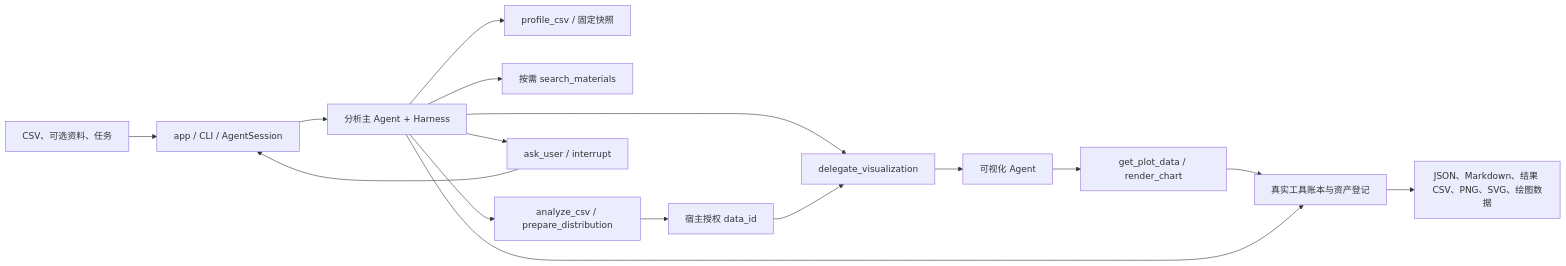
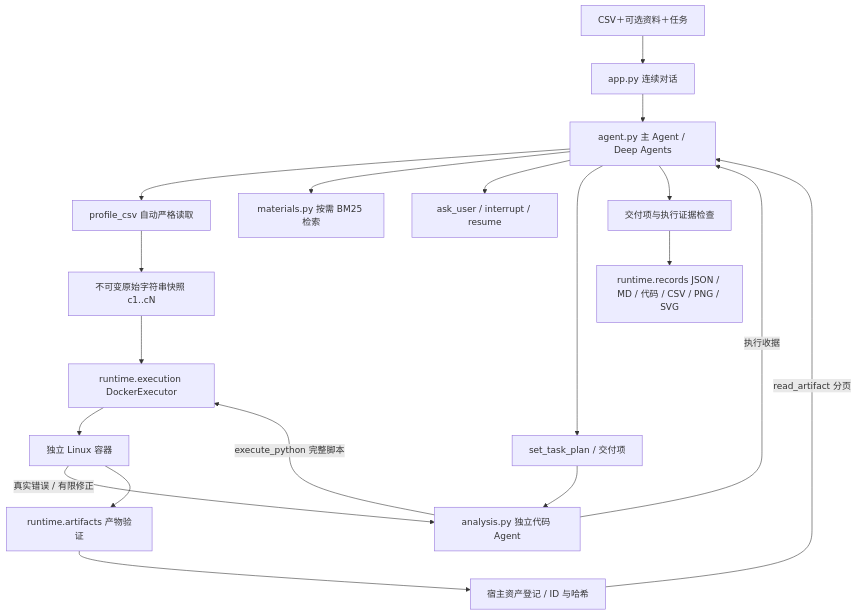
One commit to pypypaoying/LabWeaver changed the diagram in docs/architecture.md. Above: the diagram before and after it, drawn with Mermaid. The commit also changed other lines of this file and 66 other files, not shown here.

First line of the commit message:
Upgrade CSV analysis to isolated Python code agents

````diff
--- a/docs/architecture.md
+++ b/docs/architecture.md
@@ -5,18 +3,21 @@
 ```mermaid
-flowchart LR
-    U["CSV、可选资料、任务"] --> S["app / CLI / AgentSession"]
-    S --> A["分析主 Agent + Harness"]
-    A --> P["profile_csv / 固定快照"]
-    A --> R["按需 search_materials"]
-    A --> C["analyze_csv / prepare_distribution"]
-    A --> Q["ask_user / interrupt"]
-    Q --> S
-    C --> D["宿主授权 data_id"]
-    A --> V["delegate_visualization"]
-    D --> V
-    V --> B["可视化 Agent"]
-    B --> G["get_plot_data / render_chart"]
-    G --> E["真实工具账本与资产登记"]
-    A --> E
-    E --> O["JSON、Markdown、结果 CSV、PNG、SVG、绘图数据"]
+flowchart TD
+    U[CSV＋可选资料＋任务] --> APP[app.py 连续对话]
+    APP --> A[agent.py 主 Agent / Deep Agents]
+    A --> P[profile_csv 自动严格读取]
+    P --> S[不可变原始字符串快照 c1..cN]
+    A --> R[materials.py 按需 BM25 检索]
+    A --> Q[ask_user / interrupt / resume]
+    A --> PLAN[set_task_plan / 交付项]
+    PLAN --> B[analysis.py 独立代码 Agent]
+    S --> X[runtime.execution DockerExecutor]
+    B -->|execute_python 完整脚本| X
+    X --> C[独立 Linux 容器]
+    C -->|真实错误 / 有限修正| B
+    C --> V[runtime.artifacts 产物验证]
+    V --> HOST[宿主资产登记 / ID 与哈希]
+    HOST -->|read_artifact 分页| A
+    B -->|执行收据| A
+    A --> CHECK[交付项与执行证据检查]
+    CHECK --> SAVE[runtime.records JSON / MD / 代码 / CSV / PNG / SVG]
 ```
````
